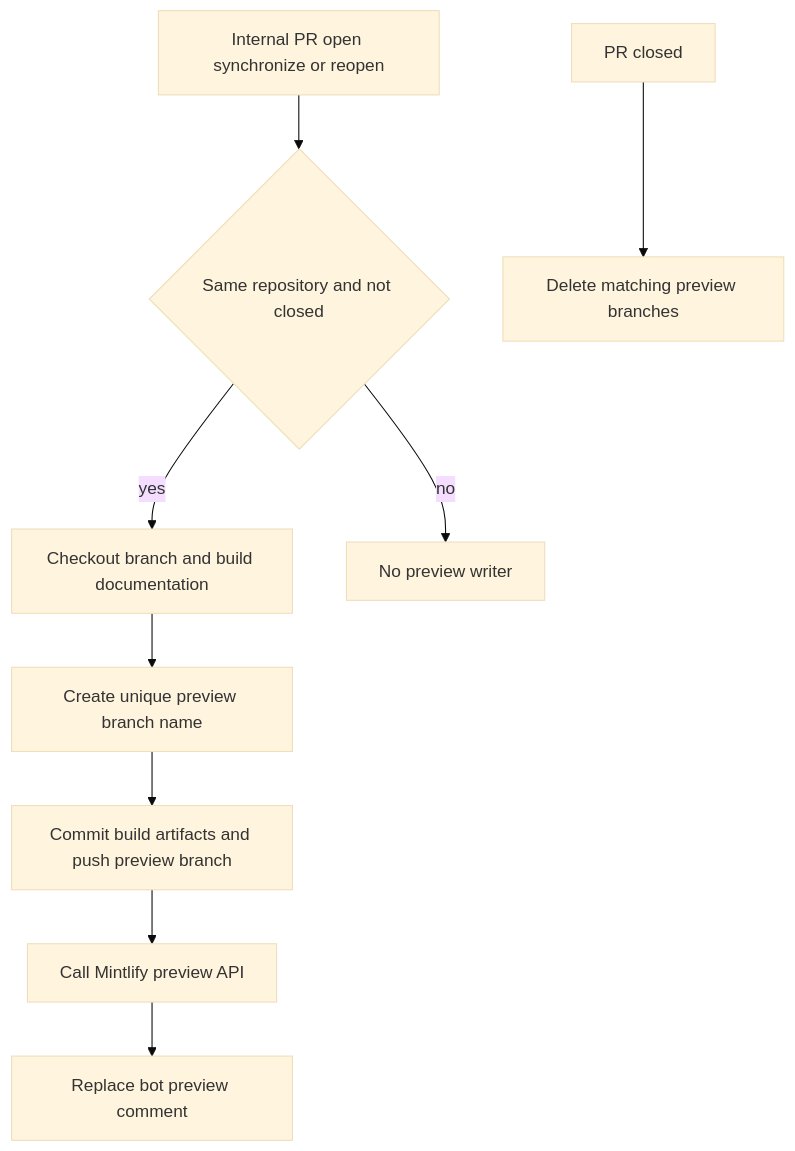
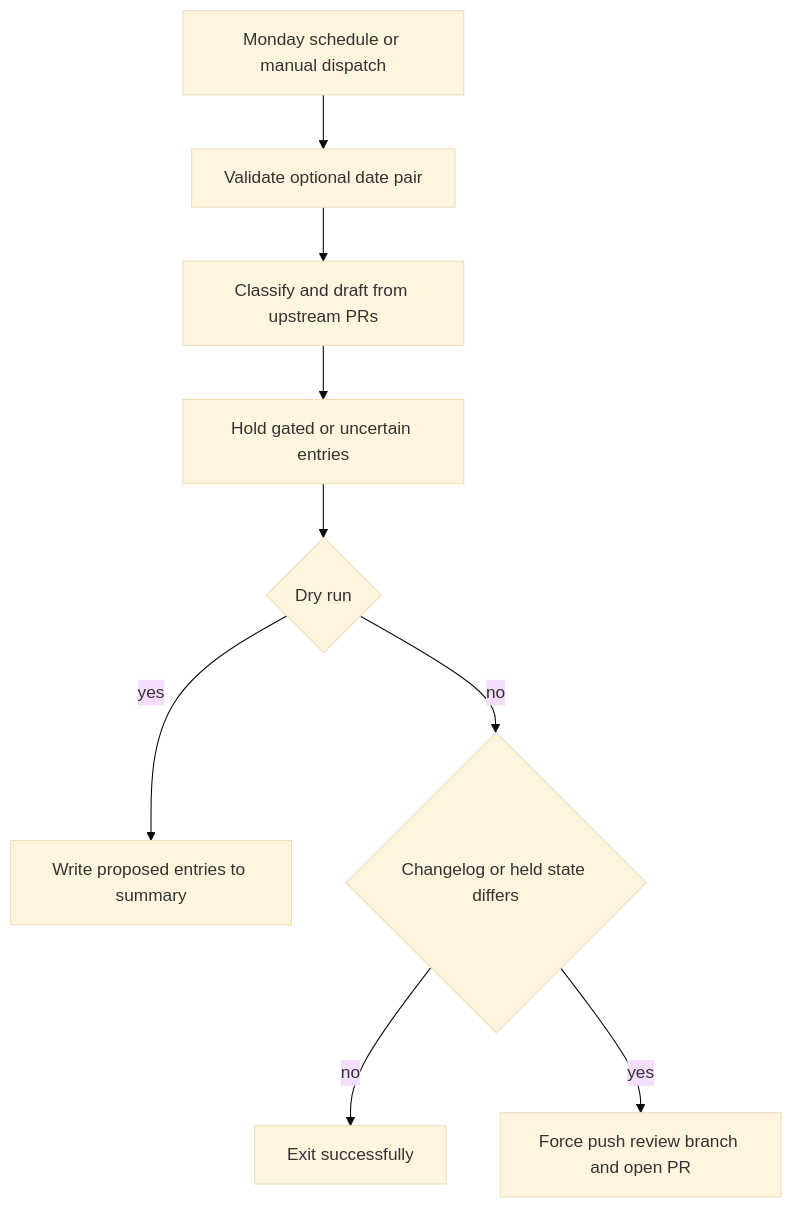
Before and after one commit to rishi-raj-jain/docs-1: the second of 2 diagrams in openwiki/integrations/github-actions.md, drawn with Mermaid (base theme). The commit also changed other lines of this file and 30 other files, not shown here.

````diff
--- a/openwiki/integrations/github-actions.md
+++ b/openwiki/integrations/github-actions.md
@@ -94,11 +103,11 @@
 ```mermaid
 flowchart TD
-  Event["Internal PR open synchronize or reopen"] --> Gate{"Same repository and not closed"}
-  Gate -->|"yes"| Build["Checkout branch and build documentation"]
-  Build --> Name["Create unique preview branch name"]
-  Name --> Push["Commit build artifacts and push preview branch"]
-  Push --> Deploy["Call Mintlify preview API"]
-  Deploy --> Comment["Replace bot preview comment"]
-  Gate -->|"no"| Skip["No preview writer"]
-  Closed["PR closed"] --> Clean["Delete matching preview branches"]
+  Trigger["Monday schedule or manual dispatch"] --> Window["Validate optional date pair"]
+  Window --> Pipeline["Classify and draft from upstream PRs"]
+  Pipeline --> Hold["Hold gated or uncertain entries"]
+  Hold --> Mode{"Dry run"}
+  Mode -->|"yes"| Summary["Write proposed entries to summary"]
+  Mode -->|"no"| Diff{"Changelog or held state differs"}
+  Diff -->|"no"| Noop["Exit successfully"]
+  Diff -->|"yes"| PR["Force push review branch and open PR"]
 ```
````
